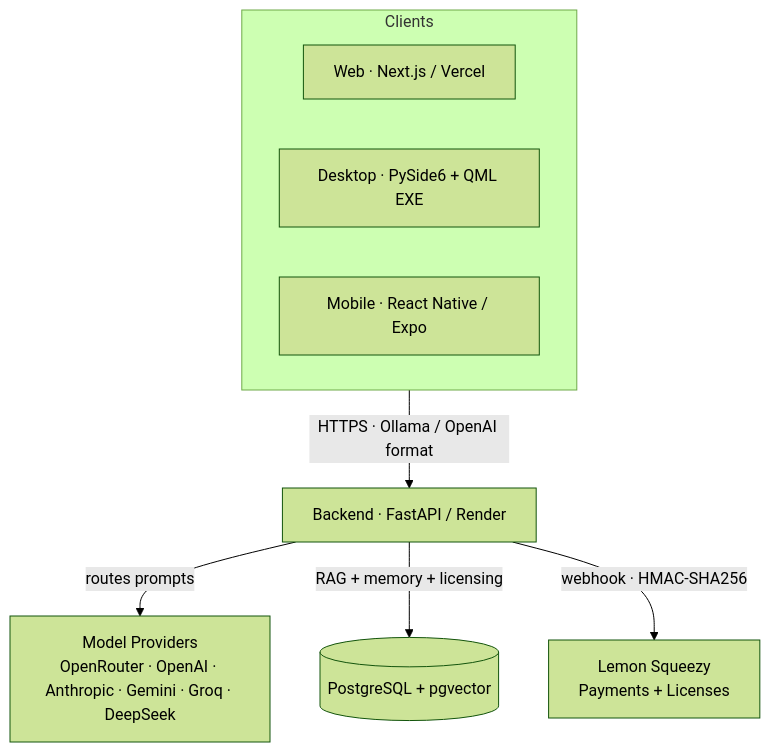
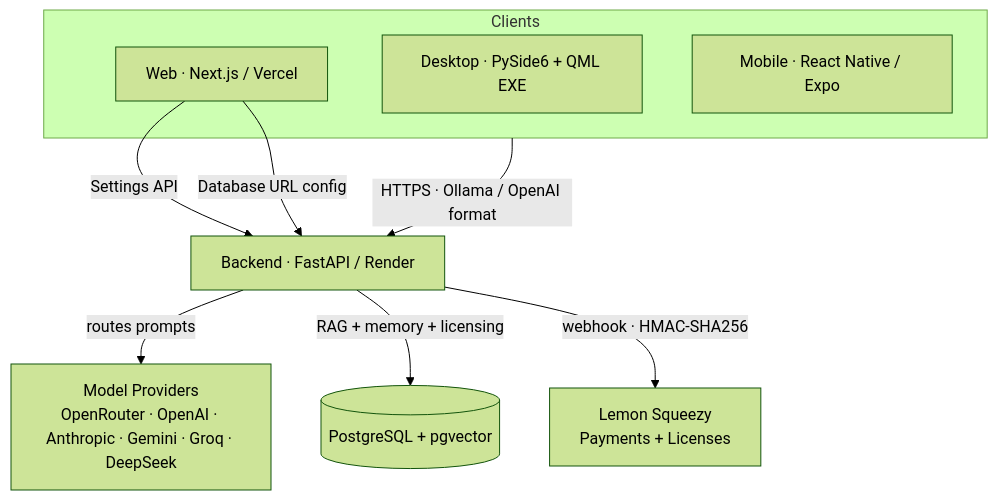
The first of 3 diagrams in README.md (rbkhan007/Ollama-Emulator-Desktop-Ultimate), drawn with Mermaid (forest theme) before and after one commit. The commit also changed other lines of this file and 9 other files, not shown here.

Commit message:
final polish: README update + Design polish across all pages + Database URL config in Settings

````diff
--- a/README.md
+++ b/README.md
@@ -120,12 +145,14 @@
 ```mermaid
 graph TD
   subgraph Clients
     WEB[Web · Next.js / Vercel]
     DESK[Desktop · PySide6 + QML EXE]
     MOB[Mobile · React Native / Expo]
   end
   Clients -->|HTTPS · Ollama / OpenAI format| API[Backend · FastAPI / Render]
   API -->|routes prompts| PROV[Model Providers<br/>OpenRouter · OpenAI · Anthropic · Gemini · Groq · DeepSeek]
-   API -->|RAG + memory + licensing| DB[(PostgreSQL + pgvector)]
-   API -->|webhook · HMAC-SHA256| LS[Lemon Squeezy<br/>Payments + Licenses]
+  API -->|RAG + memory + licensing| DB[(PostgreSQL + pgvector)]
+  API -->|webhook · HMAC-SHA256| LS[Lemon Squeezy<br/>Payments + Licenses]
+  WEB -->|Settings API| API
+  WEB -->|Database URL config| API
 ```
````
